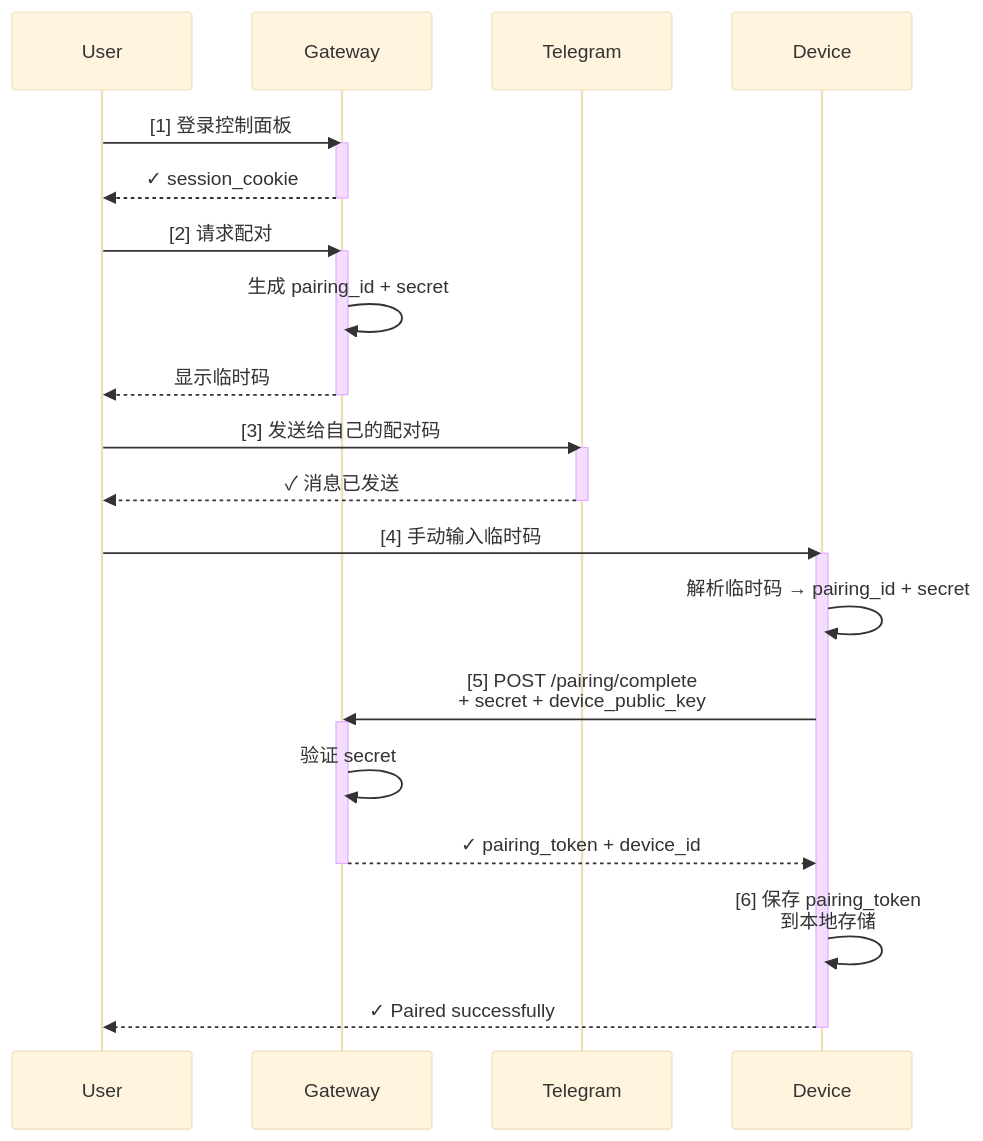
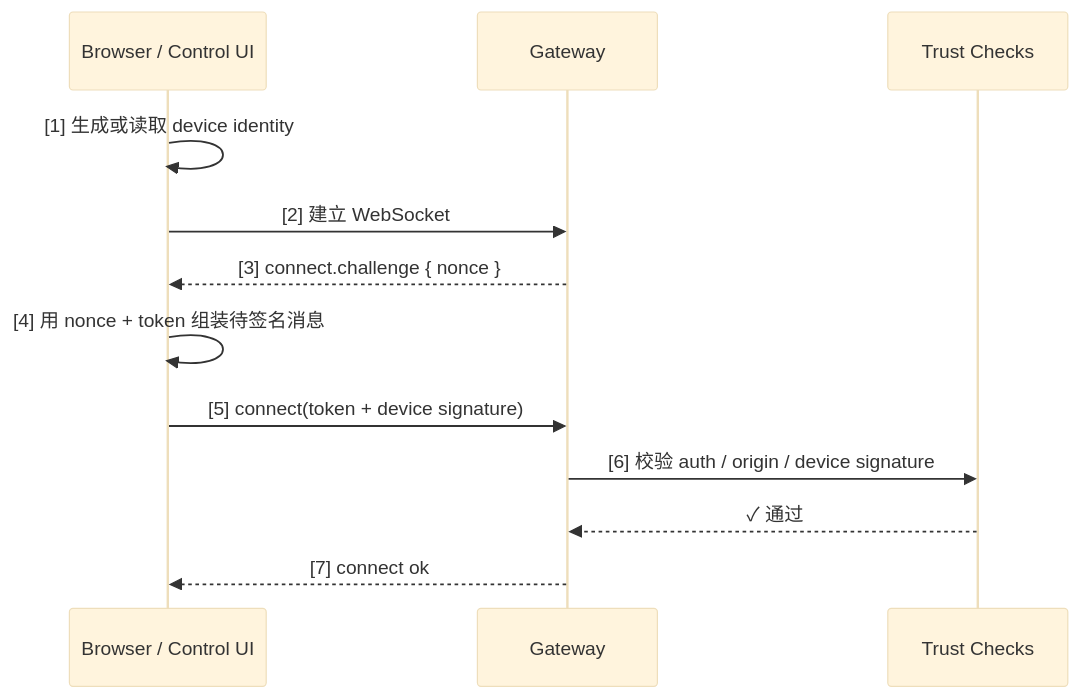
The diagram in 09_gateway_protocol/9.5_pairing_trust.md (yeasy/openclaw_guide), drawn with Mermaid (base theme) before and after one commit. The commit also changed other lines of this file and 25 other files, not shown here.

````diff
--- a/09_gateway_protocol/9.5_pairing_trust.md
+++ b/09_gateway_protocol/9.5_pairing_trust.md
@@ -69,36 +33,15 @@
 ```mermaid
 sequenceDiagram
-    participant User as User
+    participant UI as Browser / Control UI
     participant Gateway as Gateway
-    participant Telegram as Telegram
-    participant Device as Device
+    participant Trust as Trust Checks
 
-    User->>Gateway: [1] 登录控制面板
-    activate Gateway
-    Gateway-->>User: ✓ session_cookie
-    deactivate Gateway
-
-    User->>Gateway: [2] 请求配对
-    activate Gateway
-    Gateway->>Gateway: 生成 pairing_id + secret
-    Gateway-->>User: 显示临时码
-    deactivate Gateway
-
-    User->>Telegram: [3] 发送给自己的配对码
-    activate Telegram
-    Telegram-->>User: ✓ 消息已发送
-    deactivate Telegram
-
-    User->>Device: [4] 手动输入临时码
-    activate Device
-    Device->>Device: 解析临时码 → pairing_id + secret
-    Device->>Gateway: [5] POST /pairing/complete<br/>+ secret + device_public_key
-    activate Gateway
-    Gateway->>Gateway: 验证 secret
-    Gateway-->>Device: ✓ pairing_token + device_id
-    deactivate Gateway
-
-    Device->>Device: [6] 保存 pairing_token<br/>到本地存储
-    Device-->>User: ✓ Paired successfully
-    deactivate Device
+    UI->>UI: [1] 生成或读取 device identity
+    UI->>Gateway: [2] 建立 WebSocket
+    Gateway-->>UI: [3] connect.challenge { nonce }
+    UI->>UI: [4] 用 nonce + token 组装待签名消息
+    UI->>Gateway: [5] connect(token + device signature)
+    Gateway->>Trust: [6] 校验 auth / origin / device signature
+    Trust-->>Gateway: ✓ 通过
+    Gateway-->>UI: [7] connect ok
 ```
````
